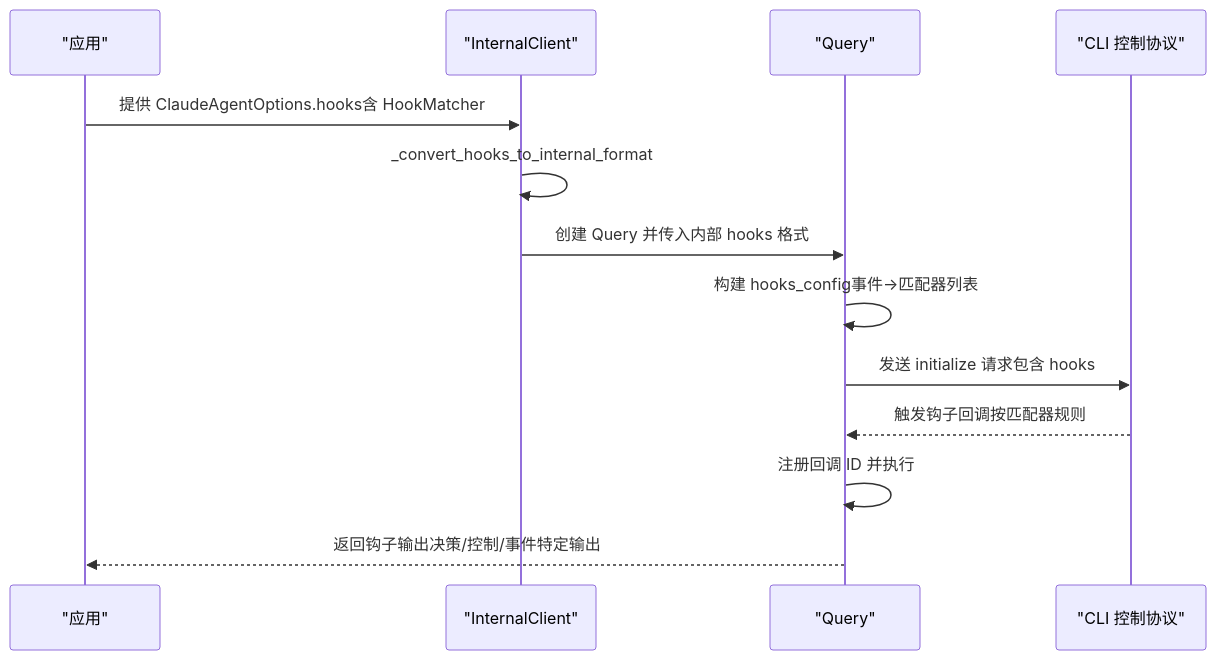
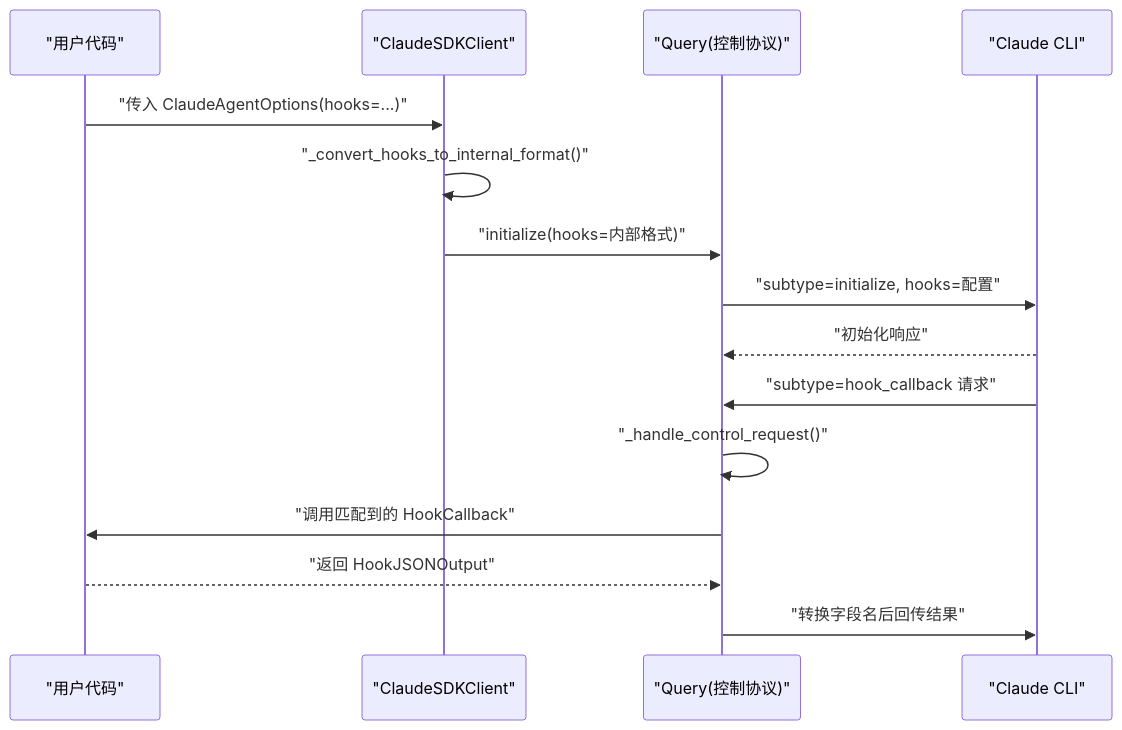
One commit to defulat-coder/claude-agent-sdk-python changed the second of 4 diagrams in .qoder/repowiki/zh/content/高级功能/钩子系统/钩子匹配器.md. Above: the diagram before and after it, drawn with Mermaid. The commit also changed other lines of this file and 77 other files, not shown here.

````diff
--- a/.qoder/repowiki/zh/content/高级功能/钩子系统/钩子匹配器.md
+++ b/.qoder/repowiki/zh/content/高级功能/钩子系统/钩子匹配器.md
@@ -76,15 +87,17 @@
 ```mermaid
 sequenceDiagram
-participant App as "应用"
-participant Client as "InternalClient"
-participant Query as "Query"
-participant CLI as "CLI 控制协议"
-App->>Client : 提供 ClaudeAgentOptions.hooks含 HookMatcher
-Client->>Client : _convert_hooks_to_internal_format
-Client->>Query : 创建 Query 并传入内部 hooks 格式
-Query->>Query : 构建 hooks_config事件->匹配器列表
-Query->>CLI : 发送 initialize 请求包含 hooks
-CLI-->>Query : 触发钩子回调按匹配器规则
-Query->>Query : 注册回调 ID 并执行
-Query-->>App : 返回钩子输出决策/控制/事件特定输出
+participant User as "用户代码"
+participant Client as "ClaudeSDKClient"
+participant Query as "Query(控制协议)"
+participant CLI as "Claude CLI"
+User->>Client : "传入 ClaudeAgentOptions(hooks=...)"
+Client->>Client : "_convert_hooks_to_internal_format()"
+Client->>Query : "initialize(hooks=内部格式)"
+Query->>CLI : "subtype=initialize, hooks=配置"
+CLI-->>Query : "初始化响应"
+CLI->>Query : "subtype=hook_callback 请求"
+Query->>Query : "_handle_control_request()"
+Query->>User : "调用匹配到的 HookCallback"
+User-->>Query : "返回 HookJSONOutput"
+Query->>CLI : "转换字段名后回传结果"
 ```
````
